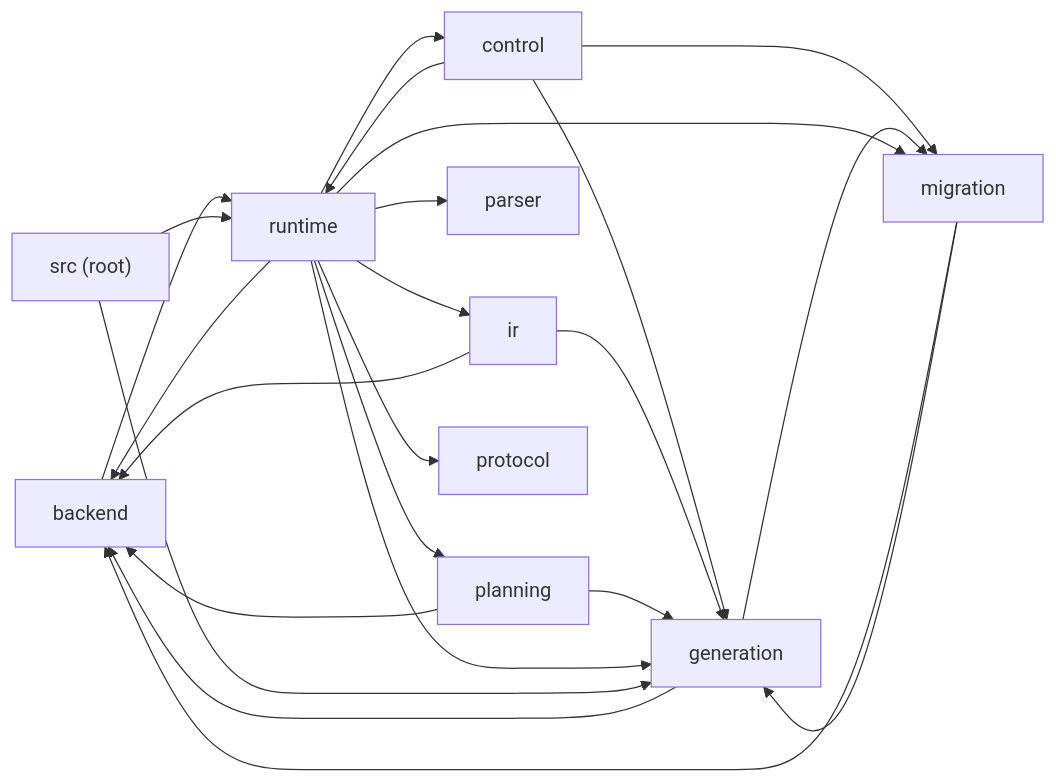
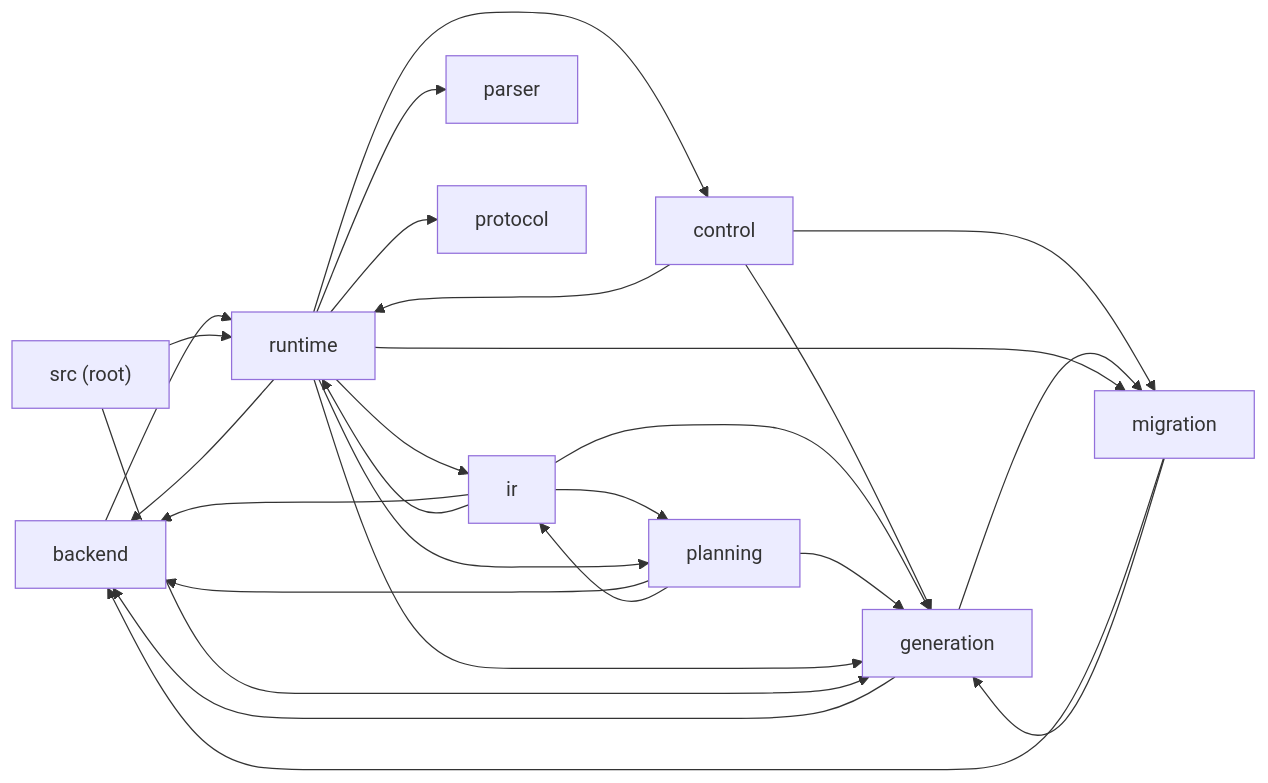
Before and after one commit to fahara02/udb: the first of 2 diagrams in docs/generated/codebase-map.md, drawn with Mermaid. The commit also changed other lines of this file and 1228 other files, not shown here.

````diff
--- a/docs/generated/codebase-map.md
+++ b/docs/generated/codebase-map.md
@@ -15,35 +15,38 @@
 ```mermaid
 graph LR
   backend["backend"]
   control["control"]
   generation["generation"]
   ir["ir"]
   migration["migration"]
   parser["parser"]
   planning["planning"]
   protocol["protocol"]
   runtime["runtime"]
   src__root_["src (root)"]
   backend --> runtime
   control --> generation
   control --> migration
   control --> runtime
   generation --> backend
   generation --> migration
   ir --> backend
   ir --> generation
+  ir --> planning
+  ir --> runtime
   migration --> backend
   migration --> generation
   planning --> backend
   planning --> generation
+  planning --> ir
   runtime --> backend
   runtime --> control
   runtime --> generation
   runtime --> ir
   runtime --> migration
   runtime --> parser
   runtime --> planning
   runtime --> protocol
   src__root_ --> generation
   src__root_ --> runtime
 ```
````
